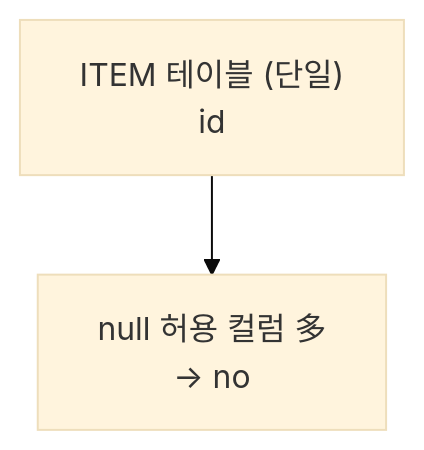
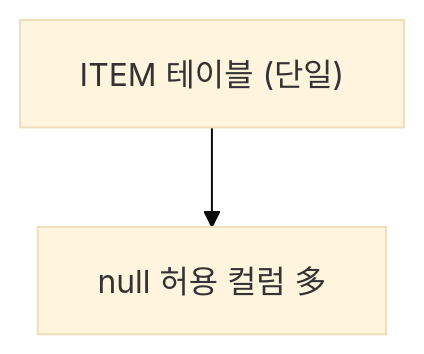
The tenth of 10 diagrams in _posts/jpa/2026-05-01-jpa-fundamentals.md (yjkim2015/yjkim2015.github.io), drawn with Mermaid (base theme) before and after one commit. The commit also changed other lines of this file and 217 other files, not shown here.

First line of the commit message:
Mermaid 크기 수정: useMaxWidth:true + SVG max-width:100% + 라벨 축소

````diff
--- a/_posts/jpa/2026-05-01-jpa-fundamentals.md
+++ b/_posts/jpa/2026-05-01-jpa-fundamentals.md
@@ -508,6 +508,6 @@
 ```mermaid
 graph TD
-    ITEM["ITEM 테이블 (단일)\nid"]
-    NOTE["null 허용 컬럼 多\n→ no"]
+    ITEM["ITEM 테이블 (단일)"]
+    NOTE["null 허용 컬럼 多"]
     ITEM --> NOTE
 ```
````
